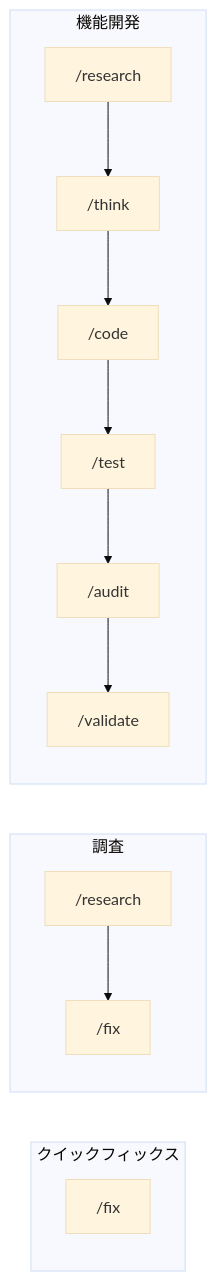
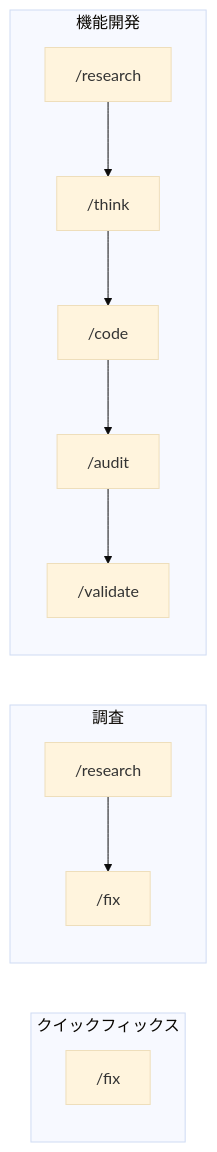
Before and after one commit to thkt/dotclaude: the second of 2 diagrams in .ja/docs/DESIGN.md, drawn with Mermaid (base theme). The commit also changed 10 other files, not shown here.

````diff
--- a/.ja/docs/DESIGN.md
+++ b/.ja/docs/DESIGN.md
@@ -145,12 +145,12 @@
 ```mermaid
 flowchart LR
     subgraph Quick["クイックフィックス"]
         F["/fix"]
     end
     subgraph Investigate["調査"]
         R1["/research"] --> F2["/fix"]
     end
     subgraph Feature["機能開発"]
-        R2["/research"] --> T["/think"] --> C["/code"] --> TE["/test"] --> A["/audit"] --> V["/validate"]
+        R2["/research"] --> T["/think"] --> C["/code"] --> A["/audit"] --> V["/validate"]
     end
 ```
````
